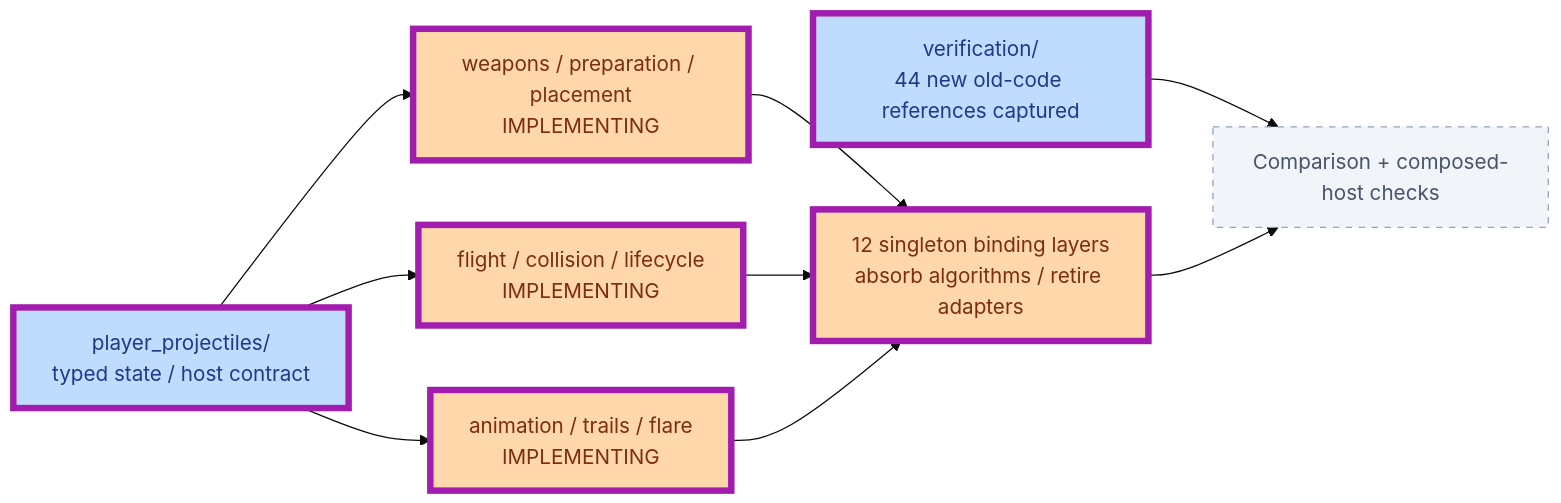
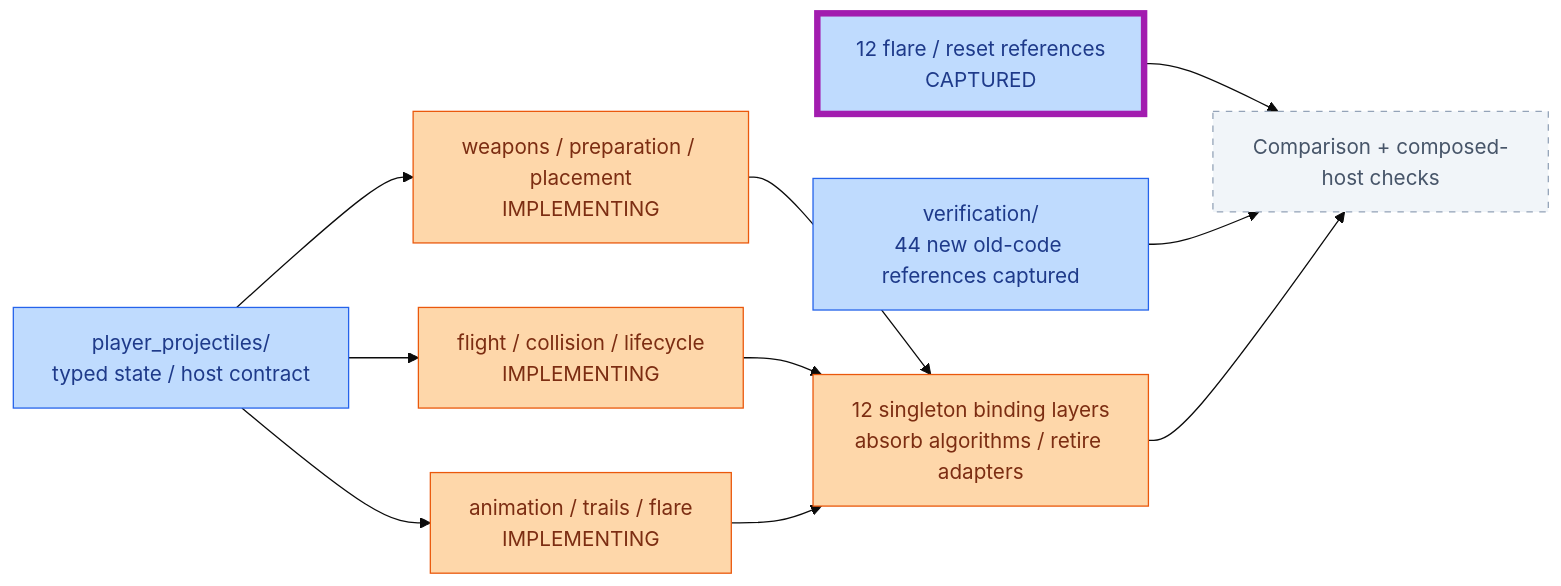
The fourth of 4 diagrams in PROGRESS.md (JimLundin/sm-decomp), drawn with Mermaid (base theme) before and after one commit. The commit also changed other lines of this file and 1 other file, not shown here.

Commit message:
Show captured flare and reset references; 12 cases captured and native CI passed
Documentation only: source4a762fa17b7924d45a89fc403827000fd153ad406f439bbe20ab77696667bfea passes source-checked DLL build and captures12 actual-old cases. Expected caught panic in case7, no diagnostics. Original44 unchanged. GitHub39993911476 passes enemy adoption build/format. Diff checks and progress counters pass; runtime unchanged.

````diff
--- a/PROGRESS.md
+++ b/PROGRESS.md
@@ -124,18 +123,19 @@
 ```mermaid
 flowchart LR
     CONTRACT["player_projectiles/<br/>typed state / host contract"]:::checked
     BASE["verification/<br/>44 new old-code references captured"]:::checked
     CONTRACT --> PROD["weapons / preparation / placement<br/>IMPLEMENTING"]:::active
     CONTRACT --> FLIGHT["flight / collision / lifecycle<br/>IMPLEMENTING"]:::active
     CONTRACT --> DRAW["animation / trails / flare<br/>IMPLEMENTING"]:::active
     PROD --> DELETE["12 singleton binding layers<br/>absorb algorithms / retire adapters"]:::active
     FLIGHT --> DELETE
     DRAW --> DELETE
+    EXTRA["12 flare / reset references<br/>CAPTURED"]:::checked --> VERIFY
     BASE --> VERIFY["Comparison + composed-host checks"]:::pending
     DELETE --> VERIFY
+    class EXTRA changed
     classDef checked fill:#bfdbfe,stroke:#2563eb,color:#1e3a8a
     classDef active fill:#fed7aa,stroke:#ea580c,color:#7c2d12
     classDef pending fill:#f1f5f9,stroke:#94a3b8,color:#475569,stroke-dasharray:5 5
     classDef changed stroke:#a21caf,stroke-width:5px
-    class CONTRACT,BASE,PROD,FLIGHT,DRAW,DELETE changed
 ```
````
